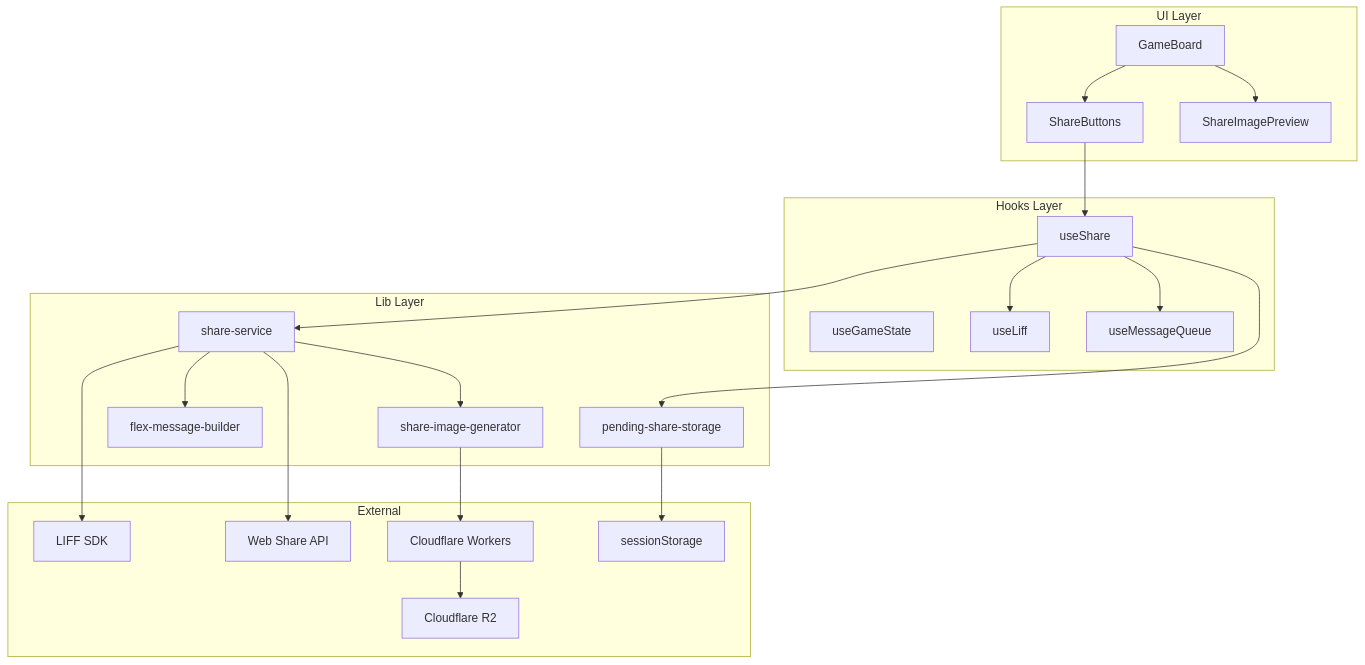
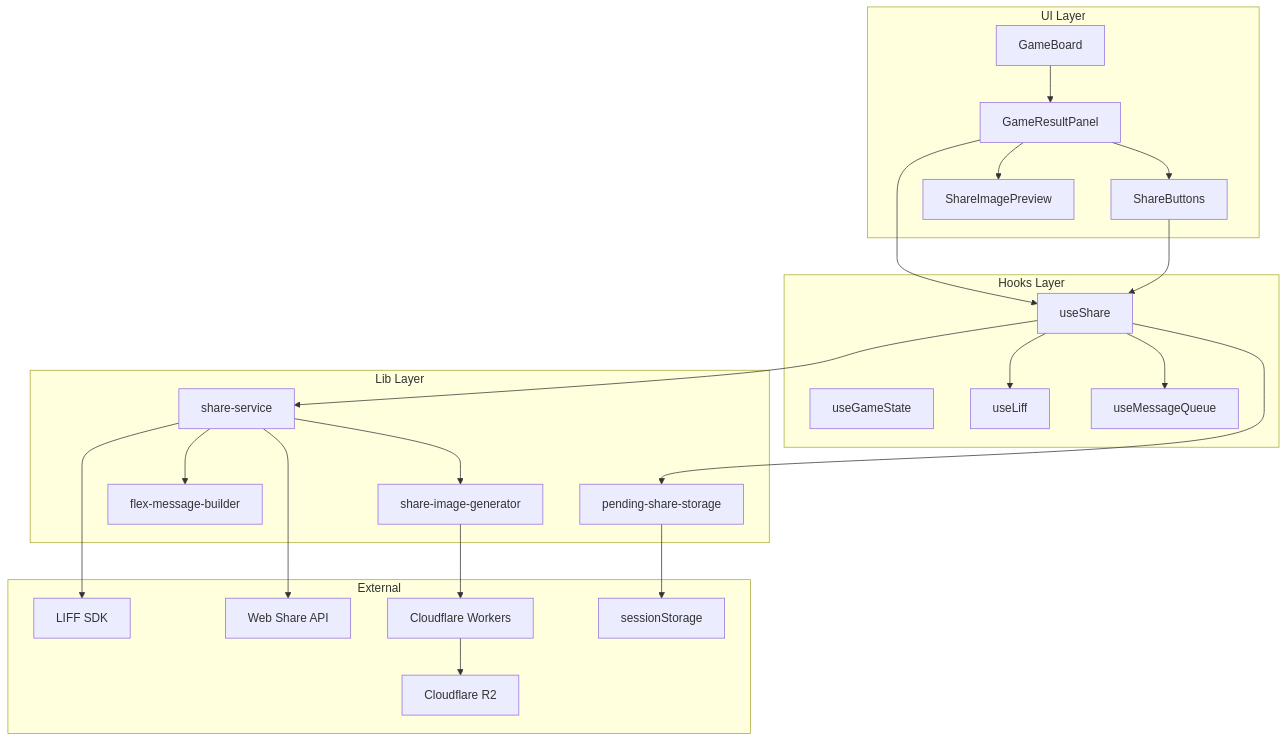
One commit to noriaki/line-miniapp-reversi changed the first of 3 diagrams in .specify/specs/game-result-share/design.md. Above: the diagram before and after it, drawn with Mermaid. The commit also changed other lines of this file and 2 other files, not shown here.

First line of the commit message:
spec(game-result-share): update design with architecture review decisions

````diff
--- a/.specify/specs/game-result-share/design.md
+++ b/.specify/specs/game-result-share/design.md
@@ -42,45 +42,48 @@
 ```mermaid
 graph TB
     subgraph UI Layer
         GameBoard[GameBoard]
+        GameResultPanel[GameResultPanel]
         ShareButtons[ShareButtons]
         ShareImagePreview[ShareImagePreview]
     end
 
     subgraph Hooks Layer
         useGameState[useGameState]
         useLiff[useLiff]
         useMessageQueue[useMessageQueue]
         useShare[useShare]
     end
 
     subgraph Lib Layer
         ShareImageGenerator[share-image-generator]
         FlexMessageBuilder[flex-message-builder]
         ShareService[share-service]
         PendingShareStorage[pending-share-storage]
     end
 
     subgraph External
         LiffSDK[LIFF SDK]
         WebShareAPI[Web Share API]
         CloudflareR2[Cloudflare R2]
         CloudflareWorkers[Cloudflare Workers]
         SessionStorage[sessionStorage]
     end
 
-    GameBoard --> ShareButtons
-    GameBoard --> ShareImagePreview
+    GameBoard --> GameResultPanel
+    GameResultPanel --> ShareButtons
+    GameResultPanel --> ShareImagePreview
+    GameResultPanel --> useShare
     ShareButtons --> useShare
     useShare --> useLiff
     useShare --> useMessageQueue
     useShare --> ShareService
     useShare --> PendingShareStorage
     ShareService --> ShareImageGenerator
     ShareService --> FlexMessageBuilder
     ShareService --> LiffSDK
     ShareService --> WebShareAPI
     ShareImageGenerator --> CloudflareWorkers
     CloudflareWorkers --> CloudflareR2
     PendingShareStorage --> SessionStorage
 ```
````
